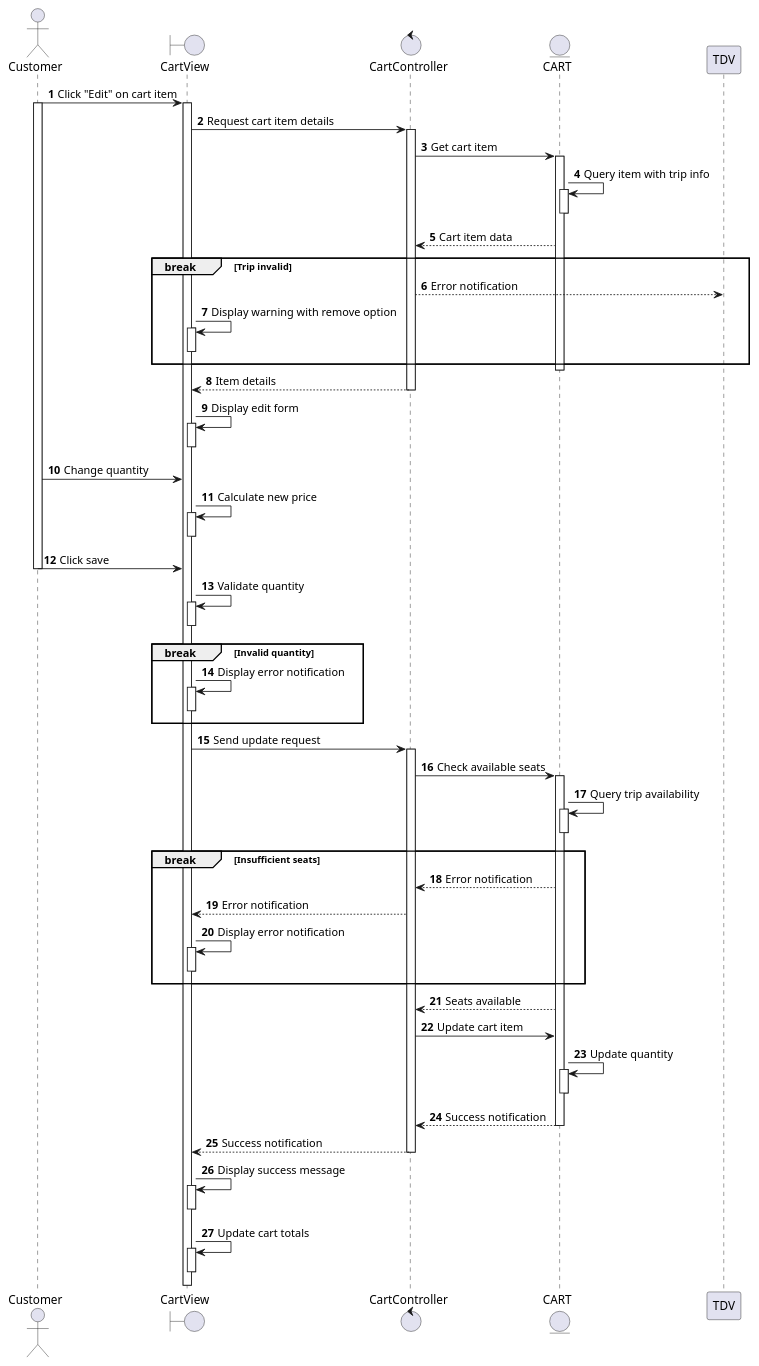
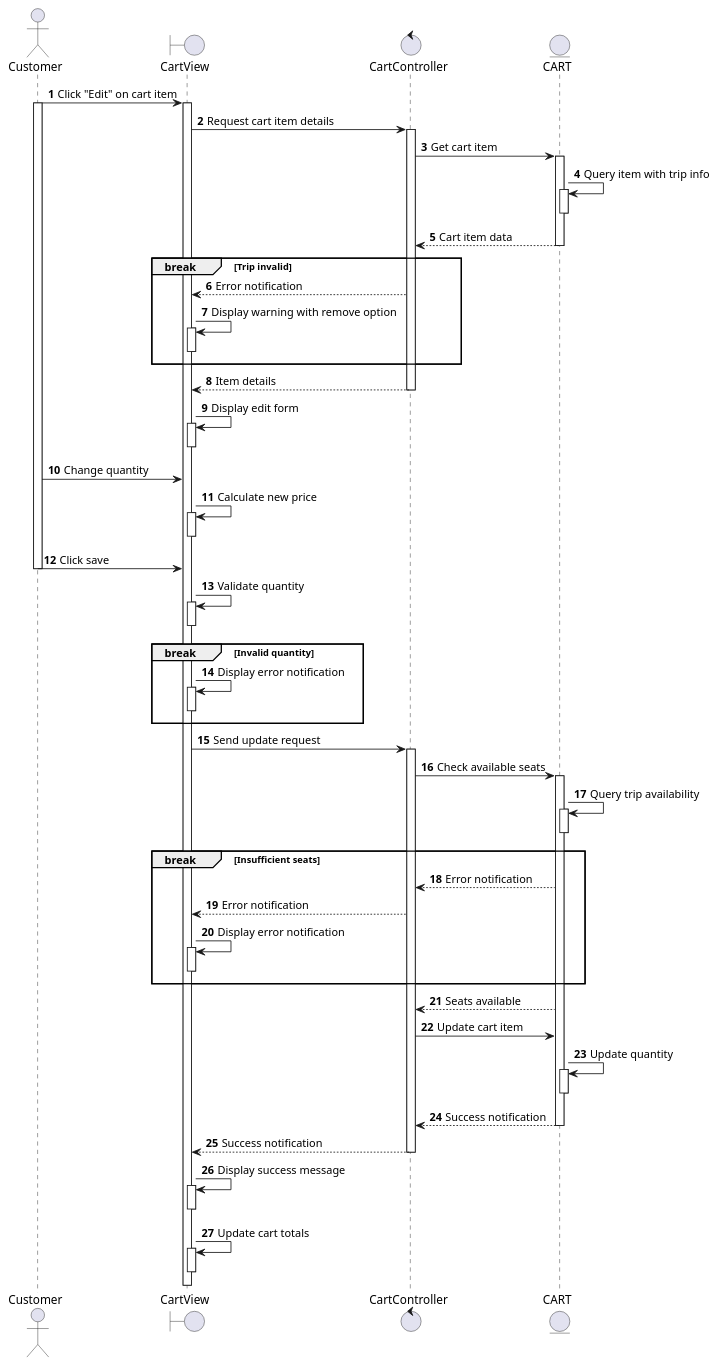
The diagram in docs/docs/sequence/adjust-cart/edit-trip-details.md (se113-wm/se113-wm.github.io), drawn with PlantUML before and after one commit. The commit also changed 10 other files, not shown here.

Commit message:
fix(sequence): deactivate entities in various sequence diagrams for clarity

```diff
--- a/docs/docs/sequence/adjust-cart/edit-trip-details.md
+++ b/docs/docs/sequence/adjust-cart/edit-trip-details.md
@@ -20,9 +20,10 @@
 activate CA
 deactivate CA
 CC <-- CA: Cart item data
+deactivate CA
 
 break Trip invalid
-  TDV <-- CC: Error notification
+  CV <-- CC: Error notification
   CV -> CV: Display warning with remove option
   activate CV
   deactivate CV
```
